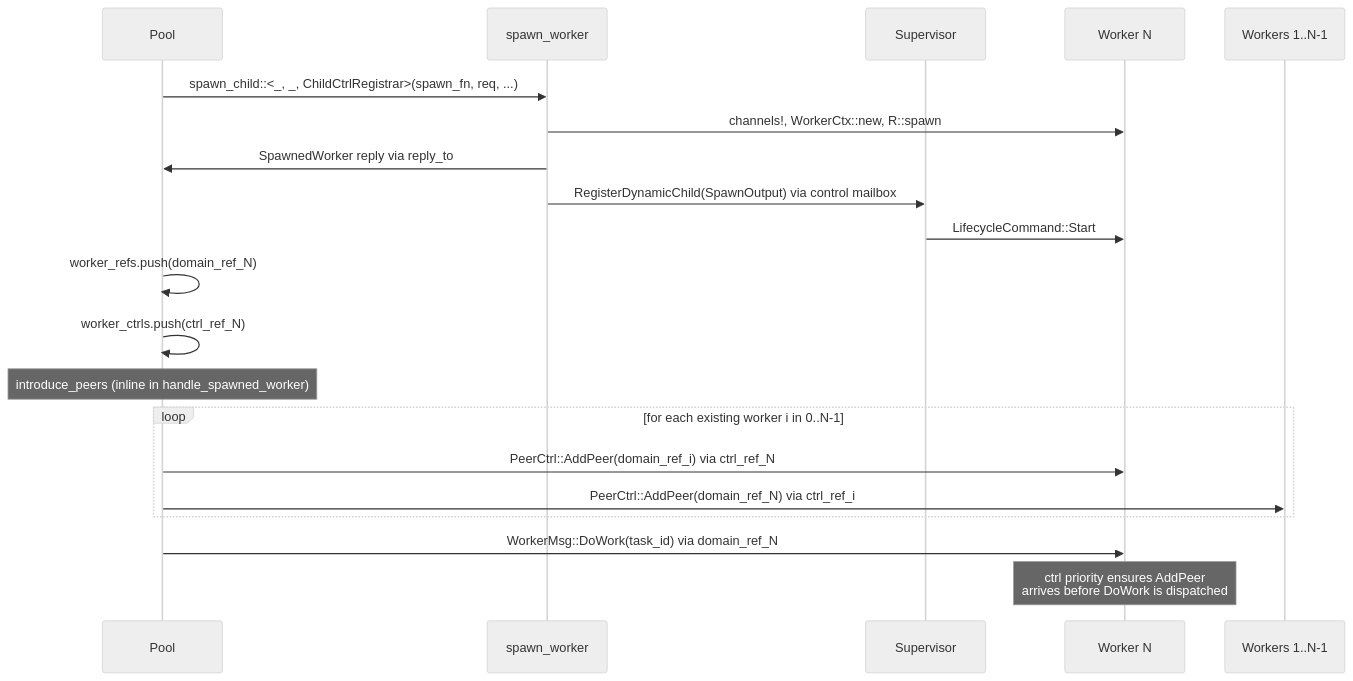
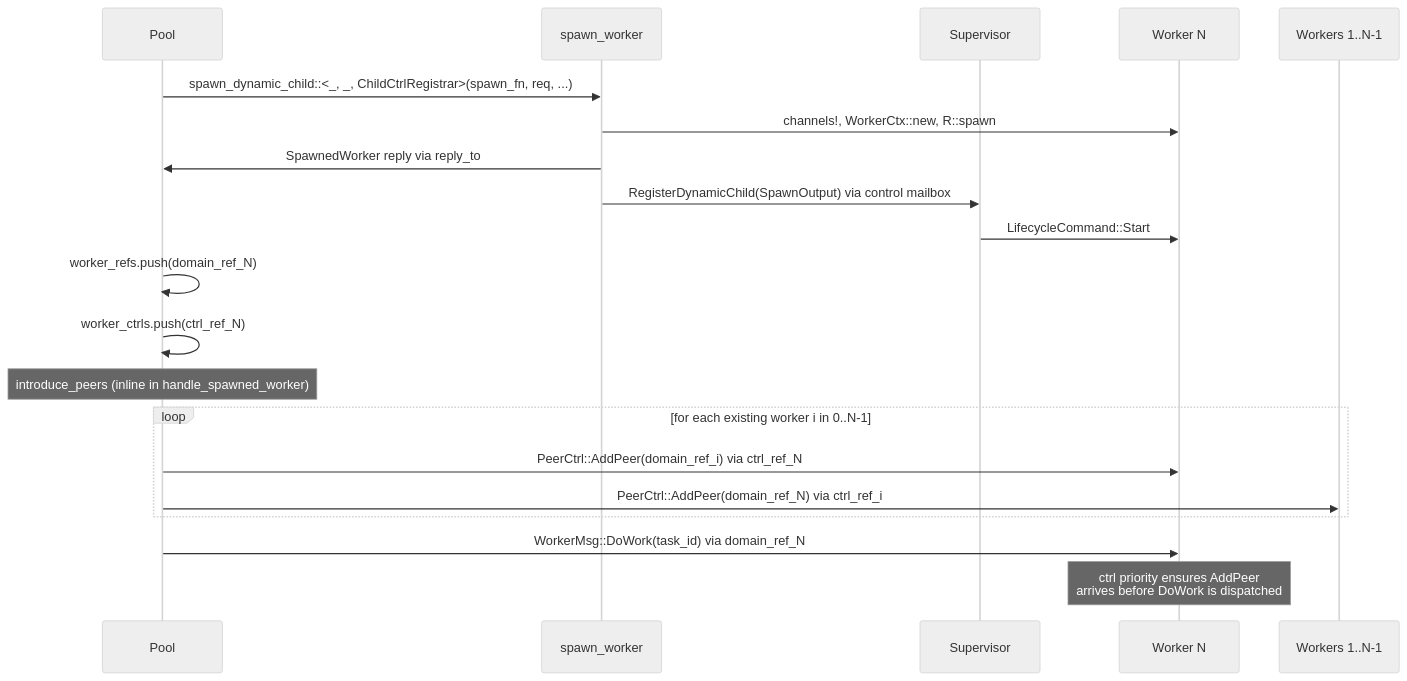
One commit to bloxide-com/bloxide changed the first of 2 diagrams in spec/architecture/16-spawn-architecture.md. Above: the diagram before and after it, drawn with Mermaid (neutral theme). The commit also changed other lines of this file and 112 other files, not shown here.

````diff
--- a/spec/architecture/16-spawn-architecture.md
+++ b/spec/architecture/16-spawn-architecture.md
@@ -1100,26 +1100,26 @@
 ```mermaid
 sequenceDiagram
     participant Pool
     participant Factory as spawn_worker
     participant Sup as Supervisor
     participant NewWorker as Worker N
     participant OldWorker as Workers 1..N-1
 
-    Pool->>Factory: spawn_child::<_, _, ChildCtrlRegistrar>(spawn_fn, req, ...)
+    Pool->>Factory: spawn_dynamic_child::<_, _, ChildCtrlRegistrar>(spawn_fn, req, ...)
     Factory->>NewWorker: channels!, WorkerCtx::new, R::spawn
     Factory->>Pool: SpawnedWorker reply via reply_to
     Factory->>Sup: RegisterDynamicChild(SpawnOutput) via control mailbox
     Sup->>NewWorker: LifecycleCommand::Start
 
     Pool->>Pool: worker_refs.push(domain_ref_N)
     Pool->>Pool: worker_ctrls.push(ctrl_ref_N)
 
     Note over Pool: introduce_peers (inline in handle_spawned_worker)
     loop for each existing worker i in 0..N-1
         Pool->>NewWorker: PeerCtrl::AddPeer(domain_ref_i) via ctrl_ref_N
         Pool->>OldWorker: PeerCtrl::AddPeer(domain_ref_N) via ctrl_ref_i
     end
 
     Pool->>NewWorker: WorkerMsg::DoWork(task_id) via domain_ref_N
     Note over NewWorker: ctrl priority ensures AddPeer<br/>arrives before DoWork is dispatched
 ```
````
